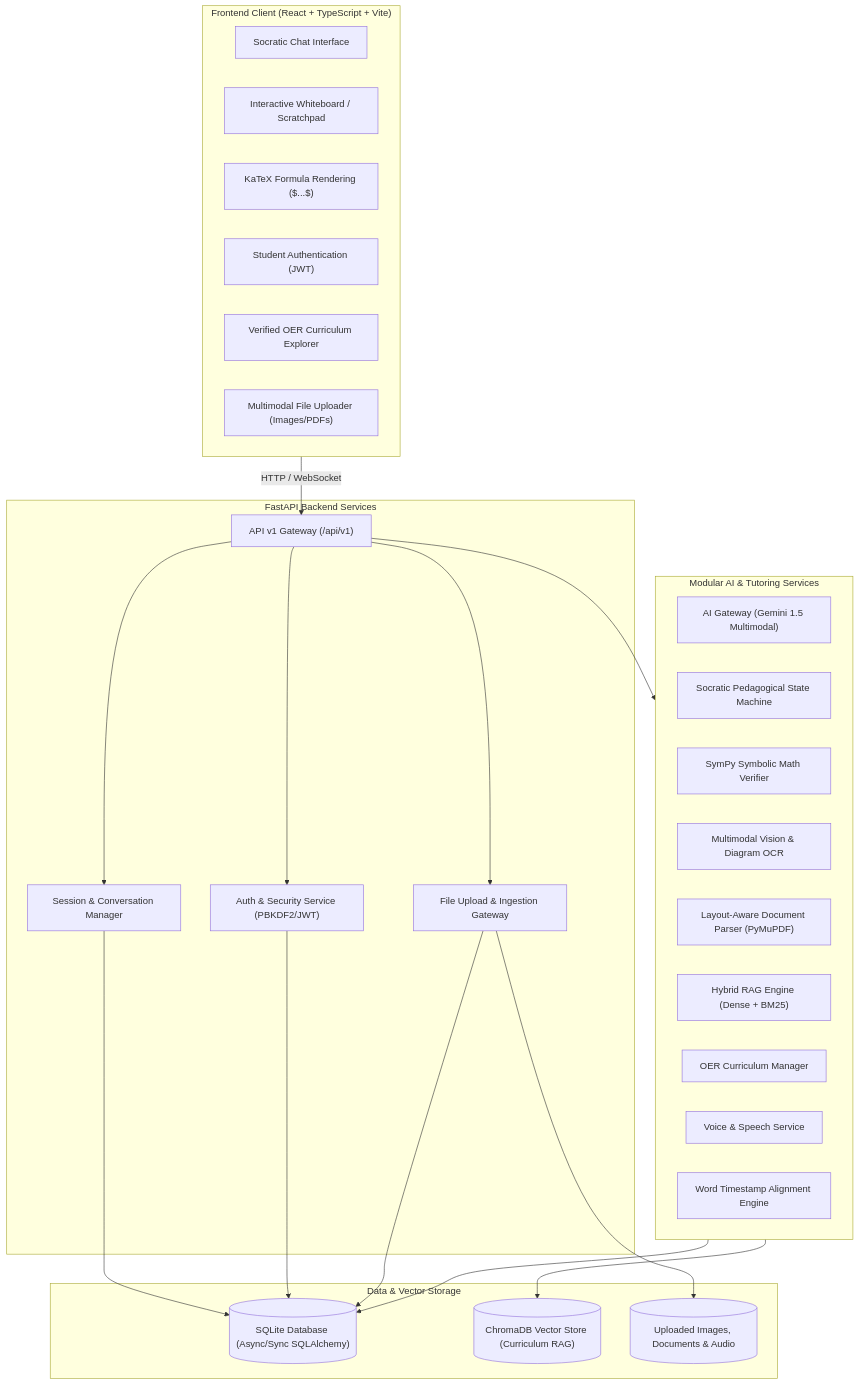
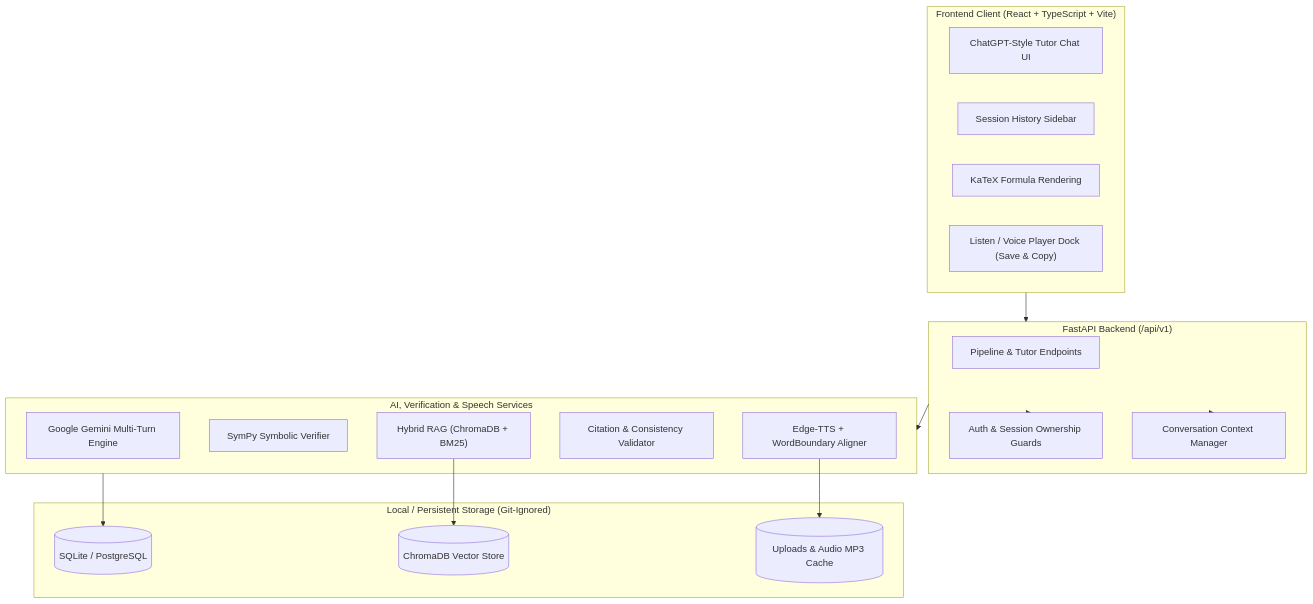
One commit to kush2811/education-tutor changed the diagram in README.md. Above: the diagram before and after it, drawn with Mermaid. The commit also changed other lines of this file and 18 other files, not shown here.

Commit message:
chore(repo): prepare Gemini tutor fixes, .gitignore, dependencies, and README for GitHub

````diff
--- a/README.md
+++ b/README.md
@@ -9,48 +120,37 @@
 ```mermaid
 flowchart TD
     subgraph Client ["Frontend Client (React + TypeScript + Vite)"]
-        ChatUI["Socratic Chat Interface"]
-        CanvasUI["Interactive Whiteboard / Scratchpad"]
-        MathEngine["KaTeX Formula Rendering ($...$)"]
-        AuthUI["Student Authentication (JWT)"]
-        CurriculumUI["Verified OER Curriculum Explorer"]
-        UploadUI["Multimodal File Uploader (Images/PDFs)"]
+        ChatUI["ChatGPT-Style Tutor Chat UI"]
+        SidebarUI["Session History Sidebar"]
+        MathEngine["KaTeX Formula Rendering"]
+        VoiceUI["Listen / Voice Player Dock (Save & Copy)"]
     end
 
-    subgraph API_Gateway ["FastAPI Backend Services"]
-        Router["API v1 Gateway (/api/v1)"]
-        AuthModule["Auth & Security Service (PBKDF2/JWT)"]
-        SessionMgr["Session & Conversation Manager"]
-        IngestRouter["File Upload & Ingestion Gateway"]
+    subgraph API ["FastAPI Backend (/api/v1)"]
+        PipelineEP["Pipeline & Tutor Endpoints"]
+        AuthEP["Auth & Session Ownership Guards"]
+        ContextMgr["Conversation Context Manager"]
     end
 
-    subgraph Modular_Services ["Modular AI & Tutoring Services"]
-        AIGateway["AI Gateway (Gemini 1.5 Multimodal)"]
-        SocraticEngine["Socratic Pedagogical State Machine"]
-        SymPyVerifier["SymPy Symbolic Math Verifier"]
-        VisionOCR["Multimodal Vision & Diagram OCR"]
-        DocParser["Layout-Aware Document Parser (PyMuPDF)"]
-        RAGEngine["Hybrid RAG Engine (Dense + BM25)"]
-        KnowledgeBase["OER Curriculum Manager"]
-        VoiceService["Voice & Speech Service"]
-        SubtitleAligner["Word Timestamp Alignment Engine"]
+    subgraph Services ["AI, Verification & Speech Services"]
+        Gemini["Google Gemini Multi-Turn Engine"]
+        SymPy["SymPy Symbolic Verifier"]
+        RAG["Hybrid RAG (ChromaDB + BM25)"]
+        Validator["Citation & Consistency Validator"]
+        VoiceSvc["Edge-TTS + WordBoundary Aligner"]
     end
 
-    subgraph Persistence ["Data & Vector Storage"]
-        SQLiteDB[("SQLite Database (Async/Sync SQLAlchemy)")]
-        VectorStore[("ChromaDB Vector Store (Curriculum RAG)")]
-        AssetStorage[("Uploaded Images, Documents & Audio")]
+    subgraph Storage ["Local / Persistent Storage (Git-Ignored)"]
+        DB[("SQLite / PostgreSQL")]
+        VectorDB[("ChromaDB Vector Store")]
+        Files[("Uploads & Audio MP3 Cache")]
     end
 
-    Client -->|HTTP / WebSocket| Router
-    Router --> AuthModule
-    Router --> SessionMgr
-    Router --> IngestRouter
-    Router --> Modular_Services
-    SessionMgr --> SQLiteDB
-    AuthModule --> SQLiteDB
-    IngestRouter --> AssetStorage
-    IngestRouter --> SQLiteDB
-    Modular_Services --> SQLiteDB
-    Modular_Services --> VectorStore
+    Client --> API
+    API --> AuthEP
+    API --> ContextMgr
+    API --> Services
+    Services --> DB
+    RAG --> VectorDB
+    VoiceSvc --> Files
 ```
````
